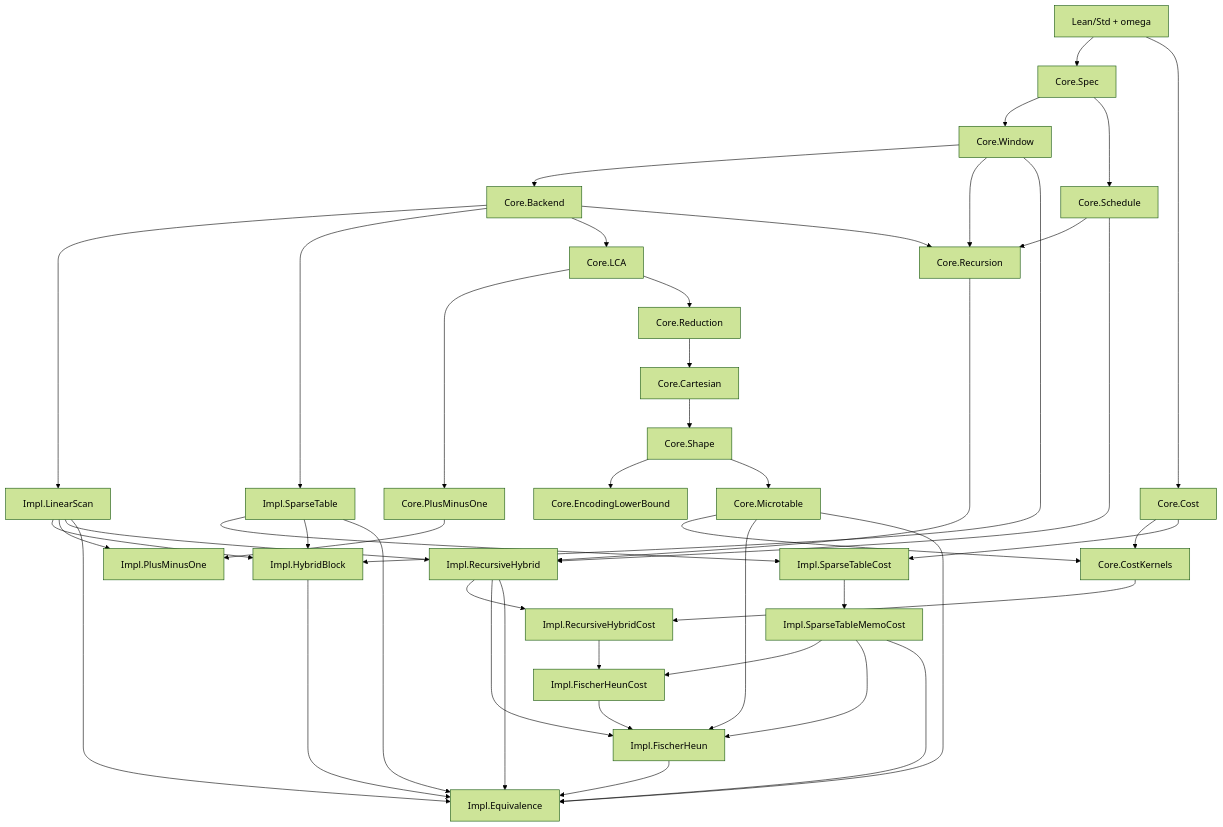
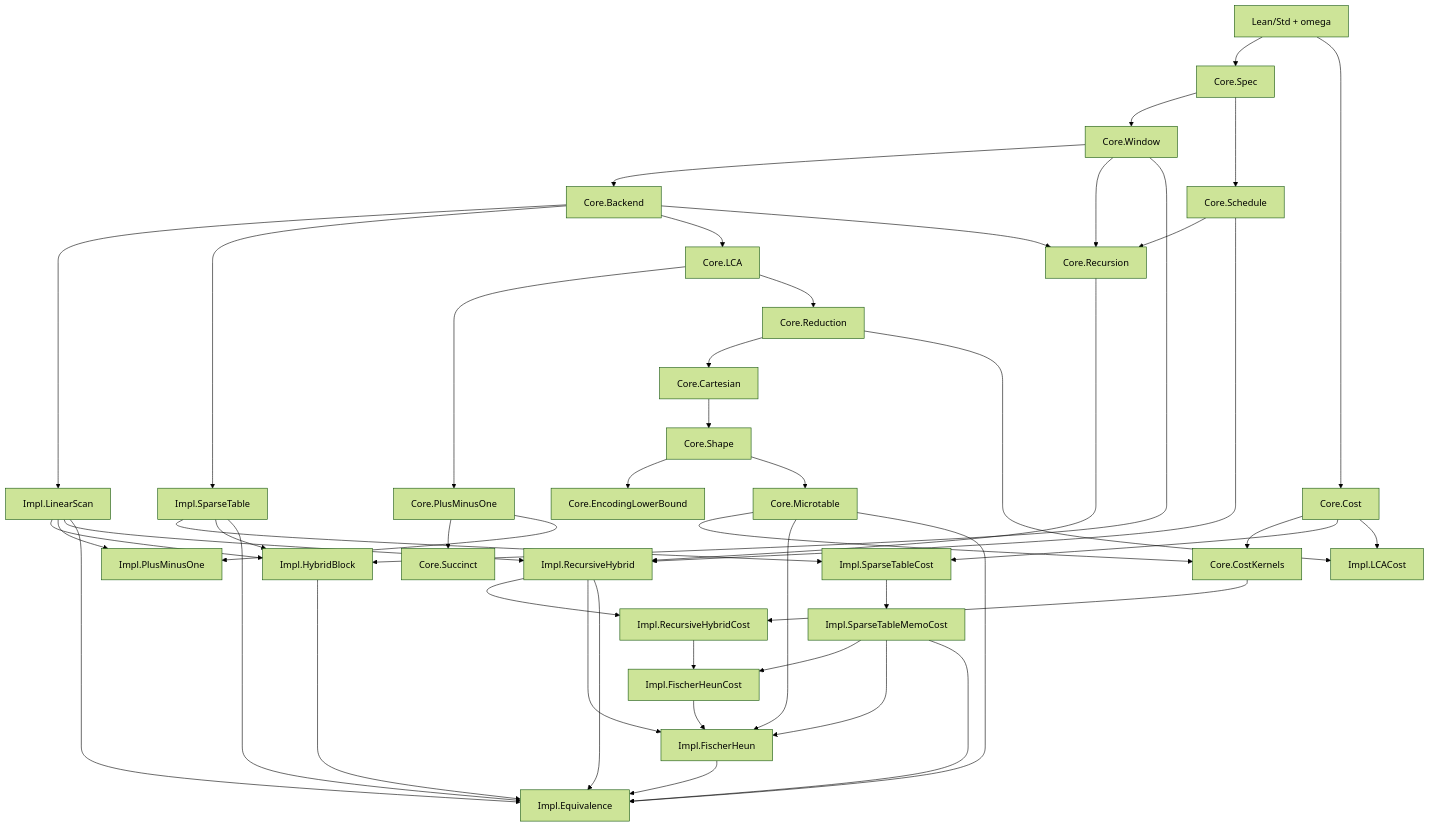
One commit to patternscientist/rmq changed the diagram in docs/FAMILY_SUMMARY.md. Above: the diagram before and after it, drawn with Mermaid (forest theme). The commit also changed other lines of this file and 8 other files, not shown here.

Commit message:
Advance plus-minus-one and succinct RMQ layers

````diff
--- a/docs/FAMILY_SUMMARY.md
+++ b/docs/FAMILY_SUMMARY.md
@@ -39,62 +40,65 @@
 ```mermaid
 flowchart TD
   Std["Lean/Std + omega"]
 
   Std --> Spec["Core.Spec"]
   Std --> Cost["Core.Cost"]
 
   Spec --> Window["Core.Window"]
   Window --> Backend["Core.Backend"]
   Spec --> Schedule["Core.Schedule"]
 
   Backend --> LinearScan["Impl.LinearScan"]
   Backend --> SparseTable["Impl.SparseTable"]
   Backend --> LCA["Core.LCA"]
   LCA --> PlusMinusOneCore["Core.PlusMinusOne"]
+  PlusMinusOneCore --> Succinct["Core.Succinct"]
   LCA --> Reduction["Core.Reduction"]
   Reduction --> Cartesian["Core.Cartesian"]
   Cartesian --> Shape["Core.Shape"]
   Shape --> EncodingLowerBound["Core.EncodingLowerBound"]
   Shape --> Microtable["Core.Microtable"]
 
   Cost --> CostKernels["Core.CostKernels"]
   Microtable --> CostKernels
 
   Schedule --> Recursion["Core.Recursion"]
   Backend --> Recursion
   Window --> Recursion
 
   SparseTable --> SparseTableCost["Impl.SparseTableCost"]
   Cost --> SparseTableCost
   SparseTableCost --> SparseTableMemoCost["Impl.SparseTableMemoCost"]
 
   Window --> HybridBlock["Impl.HybridBlock"]
   LinearScan --> HybridBlock
   SparseTable --> HybridBlock
 
   PlusMinusOneCore --> PlusMinusOneImpl["Impl.PlusMinusOne"]
   LinearScan --> PlusMinusOneImpl
 
   Schedule --> RecursiveHybrid["Impl.RecursiveHybrid"]
   Recursion --> RecursiveHybrid
   LinearScan --> RecursiveHybrid
 
   CostKernels --> RecursiveHybridCost["Impl.RecursiveHybridCost"]
   RecursiveHybrid --> RecursiveHybridCost
 
   RecursiveHybridCost --> FischerHeunCost["Impl.FischerHeunCost"]
   SparseTableMemoCost --> FischerHeunCost
+  Reduction --> LCACost["Impl.LCACost"]
+  Cost --> LCACost
 
   Microtable --> FischerHeun["Impl.FischerHeun"]
   RecursiveHybrid --> FischerHeun
   SparseTableMemoCost --> FischerHeun
   FischerHeunCost --> FischerHeun
 
   Microtable --> Equivalence["Impl.Equivalence"]
   LinearScan --> Equivalence
   SparseTable --> Equivalence
   SparseTableMemoCost --> Equivalence
   HybridBlock --> Equivalence
   RecursiveHybrid --> Equivalence
   FischerHeun --> Equivalence
 ```
````
